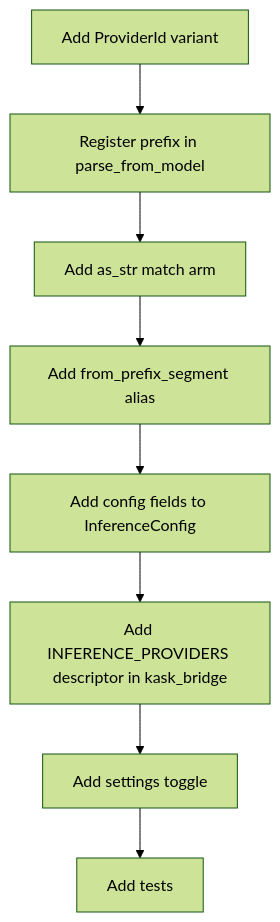
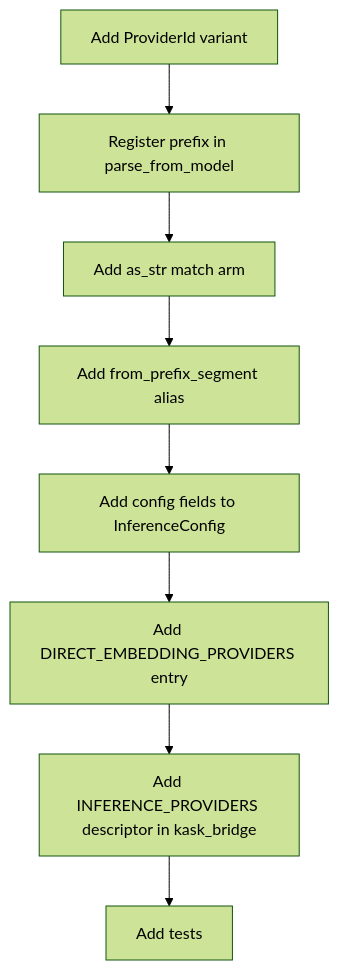
Before and after one commit to mdz-axo/zed-kask: the second of 2 diagrams in kask/docs/diataxis/hkask-inference/how-to.md, drawn with Mermaid (forest theme). The commit also changed other lines of this file and 41 other files, not shown here.

````diff
--- a/kask/docs/diataxis/hkask-inference/how-to.md
+++ b/kask/docs/diataxis/hkask-inference/how-to.md
@@ -128,10 +143,10 @@
 ```mermaid
 flowchart TD
     A[Add ProviderId variant] --> B[Register prefix in parse_from_model]
     B --> C[Add as_str match arm]
     C --> D[Add from_prefix_segment alias]
     D --> E[Add config fields to InferenceConfig]
-    E --> F[Add INFERENCE_PROVIDERS descriptor in kask_bridge]
-    F --> G[Add settings toggle]
+    E --> F[Add DIRECT_EMBEDDING_PROVIDERS entry]
+    F --> G[Add INFERENCE_PROVIDERS descriptor in kask_bridge]
     G --> H[Add tests]
 ```
````
